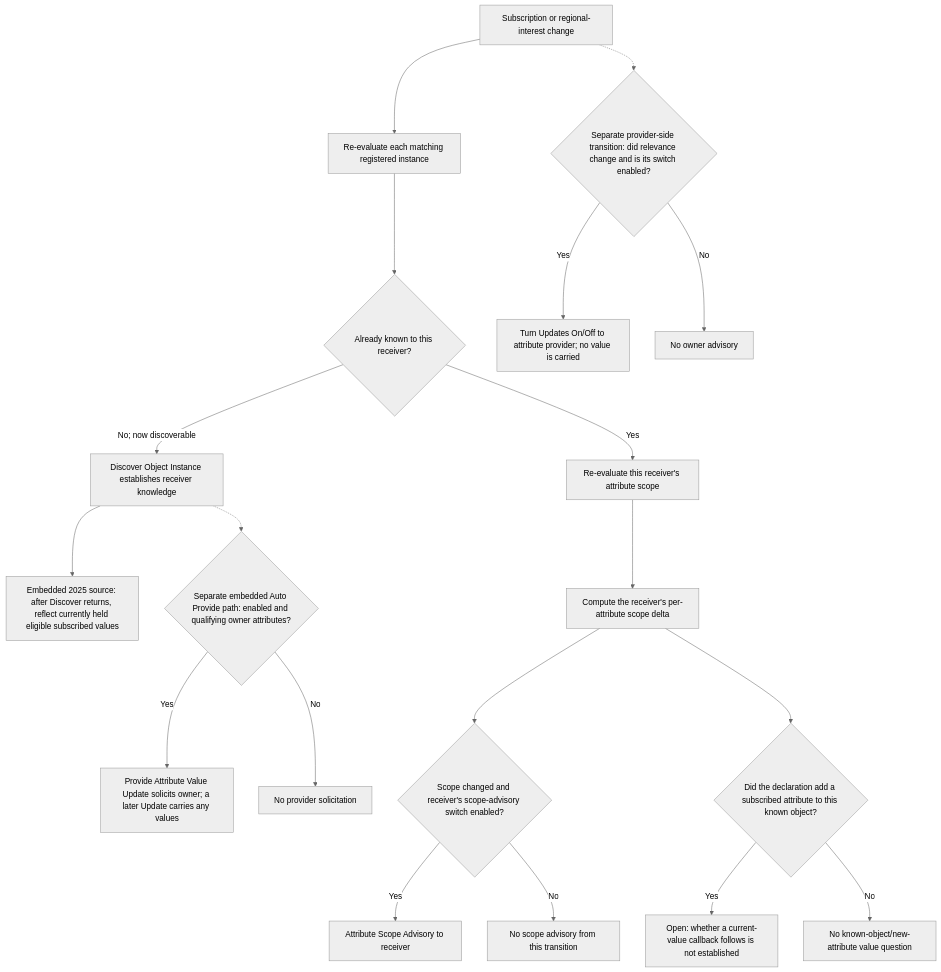
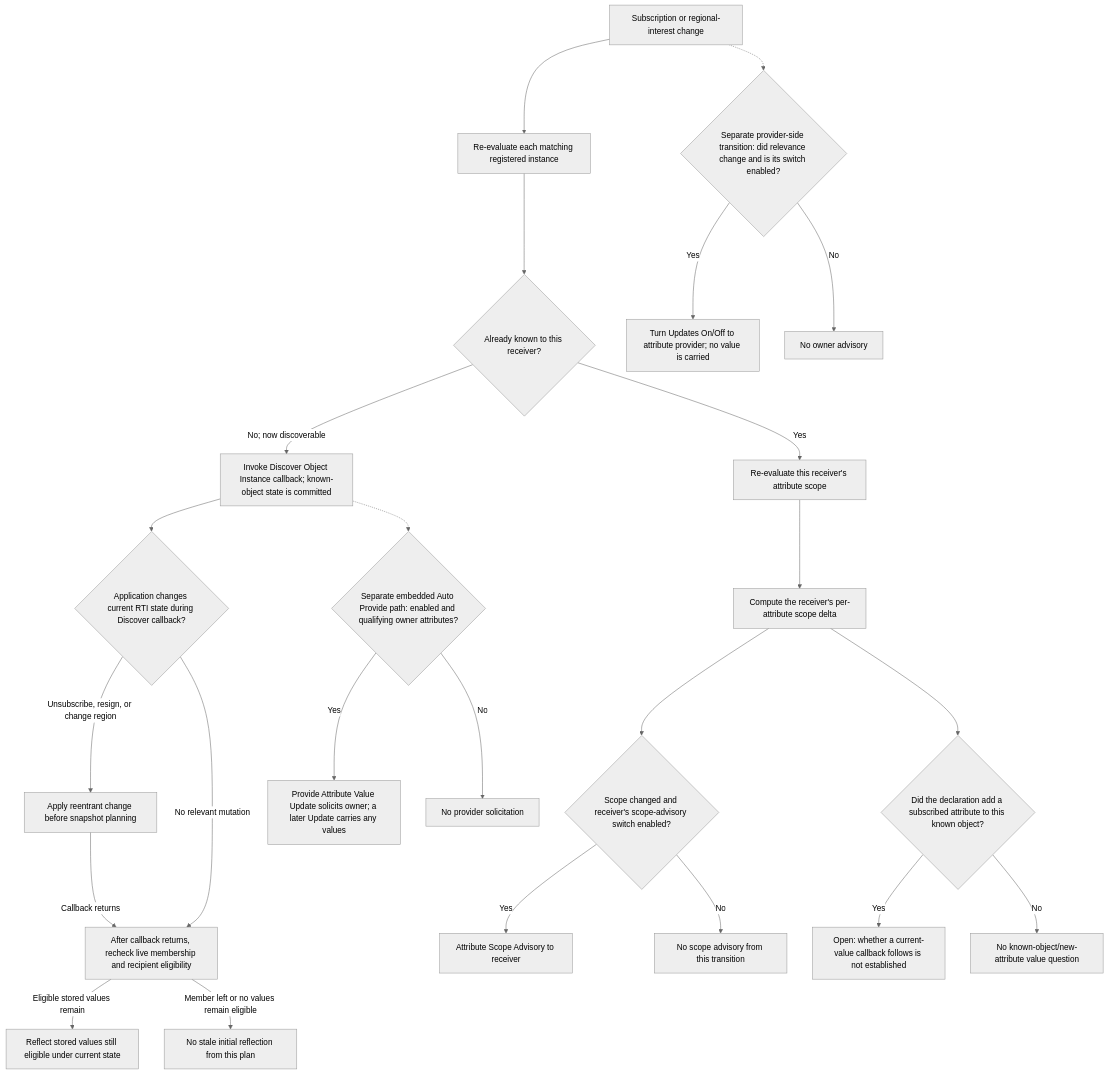
One commit to sheepfling/umbra changed the fifth of 8 diagrams in docs/design/HLA-2025-OBJECT-ATTRIBUTE-SUBSCRIPTION-STATE-FLOW-GUIDE.md. Above: the diagram before and after it, drawn with Mermaid (neutral theme). The commit also changed other lines of this file and 668 other files, not shown here.

````diff
--- a/docs/design/HLA-2025-OBJECT-ATTRIBUTE-SUBSCRIPTION-STATE-FLOW-GUIDE.md
+++ b/docs/design/HLA-2025-OBJECT-ATTRIBUTE-SUBSCRIPTION-STATE-FLOW-GUIDE.md
@@ -352,21 +441,26 @@
 ```mermaid
 flowchart TD
   CHANGE["Subscription or regional-interest change"] --> REEVAL["Re-evaluate each matching registered instance"]
   REEVAL --> KNOWN{"Already known to this receiver?"}
-  KNOWN -->|"No; now discoverable"| DISCOVER["Discover Object Instance establishes receiver knowledge"]
-  DISCOVER --> INITIAL["Embedded 2025 source: after Discover returns, reflect currently held eligible subscribed values"]
+  KNOWN -->|"No; now discoverable"| DISCOVER["Invoke Discover Object Instance callback; known-object state is committed"]
+  DISCOVER --> REENTRY{"Application changes current RTI state during Discover callback?"}
+  REENTRY -->|"Unsubscribe, resign, or change region"| MUTATE["Apply reentrant change before snapshot planning"]
+  REENTRY -->|"No relevant mutation"| CURRENT["After callback returns, recheck live membership and recipient eligibility"]
+  MUTATE -->|"Callback returns"| CURRENT
+  CURRENT -->|"Eligible stored values remain"| INITIAL["Reflect stored values still eligible under current state"]
+  CURRENT -->|"Member left or no values remain eligible"| NOINITIAL["No stale initial reflection from this plan"]
   DISCOVER -.-> AUTOGATE{"Separate embedded Auto Provide path: enabled and qualifying owner attributes?"}
   AUTOGATE -->|"Yes"| AUTOPROVIDE["Provide Attribute Value Update solicits owner; a later Update carries any values"]
   AUTOGATE -->|"No"| NOAUTOPROVIDE["No provider solicitation"]
   KNOWN -->|"Yes"| SCOPE["Re-evaluate this receiver's attribute scope"]
   SCOPE --> DELTA["Compute the receiver's per-attribute scope delta"]
   DELTA --> SCOPEGATE{"Scope changed and receiver's scope-advisory switch enabled?"}
   SCOPEGATE -->|"Yes"| SCOPECALLBACK["Attribute Scope Advisory to receiver"]
   SCOPEGATE -->|"No"| NOSCOPE["No scope advisory from this transition"]
   DELTA --> NEWATTRIBUTE{"Did the declaration add a subscribed attribute to this known object?"}
   NEWATTRIBUTE -->|"Yes"| VALUEGAP["Open: whether a current-value callback follows is not established"]
   NEWATTRIBUTE -->|"No"| NOVALUEQUESTION["No known-object/new-attribute value question"]
   CHANGE -.-> OWNERGATE{"Separate provider-side transition: did relevance change and is its switch enabled?"}
   OWNERGATE -->|"Yes"| OWNER["Turn Updates On/Off to attribute provider; no value is carried"]
   OWNERGATE -->|"No"| NOOWNER["No owner advisory"]
 ```
````
